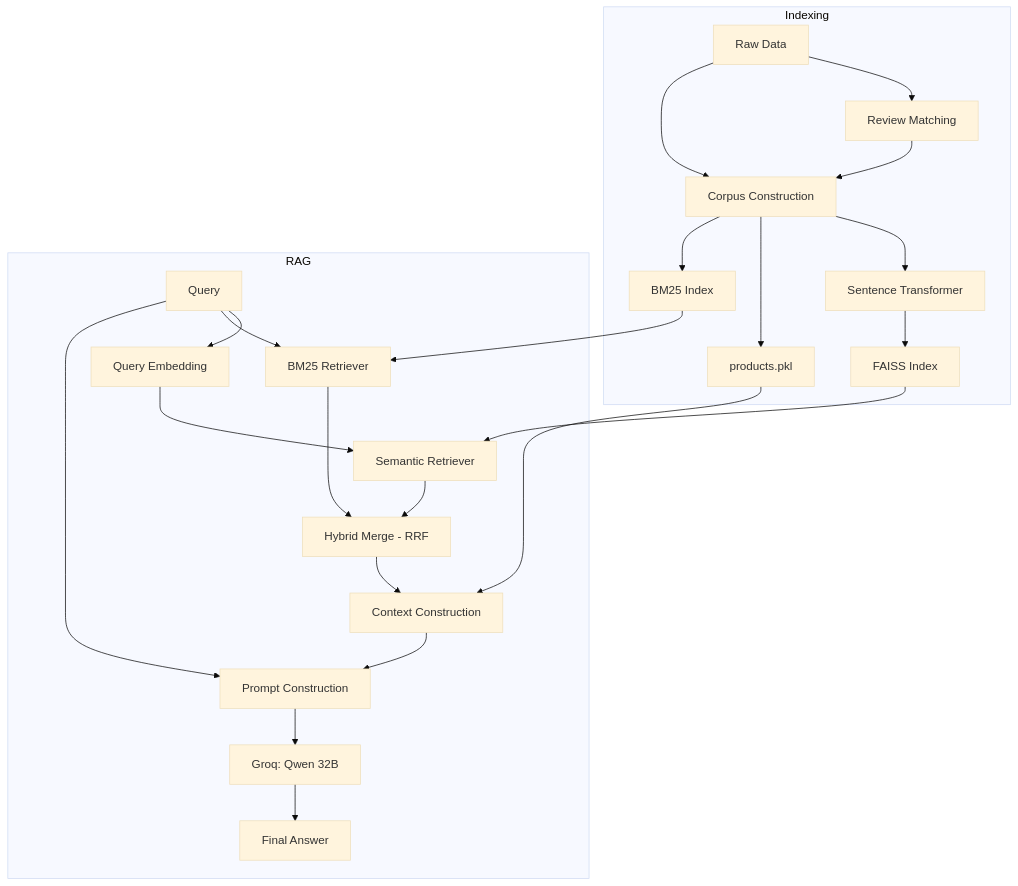
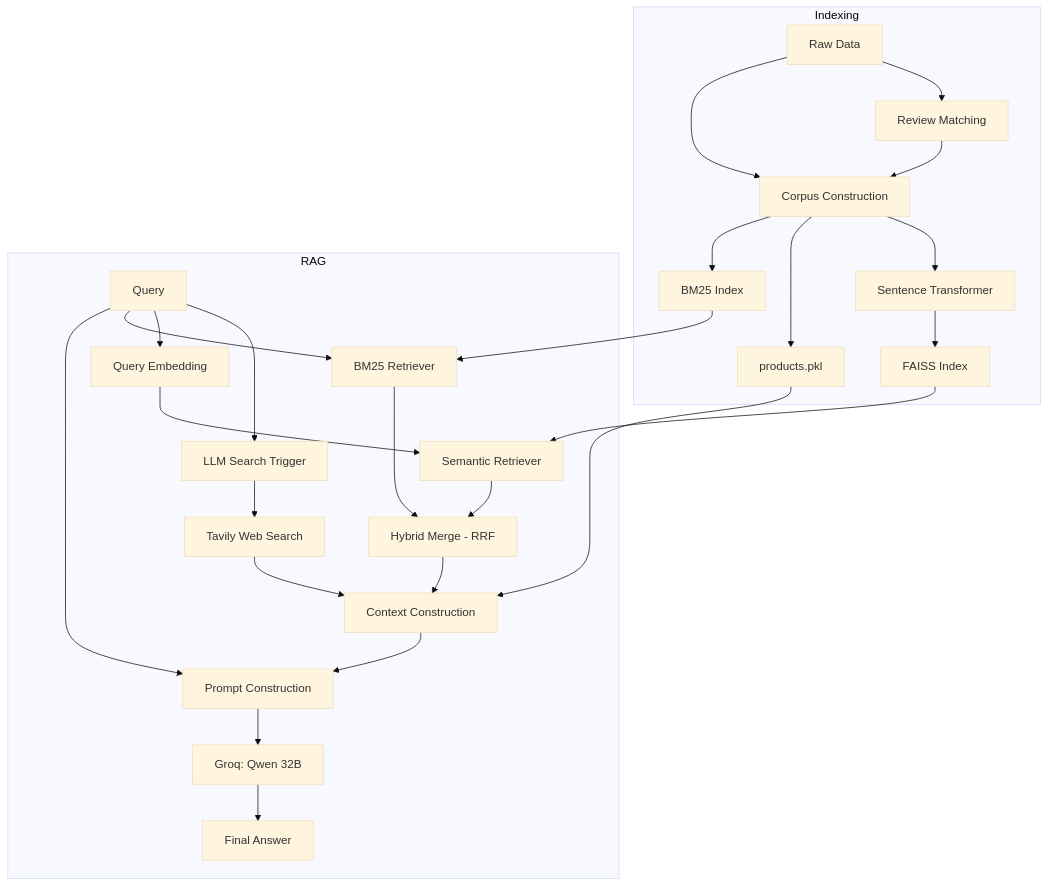
Before and after one commit to UBC-MDS/DSCI_575_project_tyin98_danieljy: the diagram in README.md, drawn with Mermaid (base theme). The commit also changed other lines of this file, not shown here.

Commit message:
added web search descriptions to README

````diff
--- a/README.md
+++ b/README.md
@@ -67,29 +74,32 @@
 ```mermaid
 graph TD
     subgraph Indexing ["Indexing"]
         RawData[Raw Data] --> ReviewMatch[Review Matching]
         ReviewMatch --> Corpus[Corpus Construction]
         RawData --> Corpus
         Corpus --> Transformer[Sentence Transformer]
         Transformer --> FAISS[FAISS Index]
         Corpus --> Products[products.pkl]
         Corpus --> BM25[BM25 Index]
     end
 
     subgraph RAG ["RAG"]
-        Query[Query] --> TransformerQ[Query Embedding]
+        Query[Query] --> LLMTrigger[LLM Search Trigger]
+        LLMTrigger --> Tavily[Tavily Web Search]
+        Query --> TransformerQ[Query Embedding]
         TransformerQ --> SemanticRetriever[Semantic Retriever]
         Query --> BM25Retriever[BM25 Retriever]
         SemanticRetriever --> RRF[Hybrid Merge - RRF]
         BM25Retriever --> RRF
         RRF --> Context[Context Construction]
+        Tavily --> Context
         Products --> Context
         Context --> Prompt[Prompt Construction]
         Query --> Prompt
         Prompt --> LLM[Groq: Qwen 32B]
         LLM --> Response[Final Answer]
     end
 
     FAISS --> SemanticRetriever
     BM25 --> BM25Retriever
 ```
````
